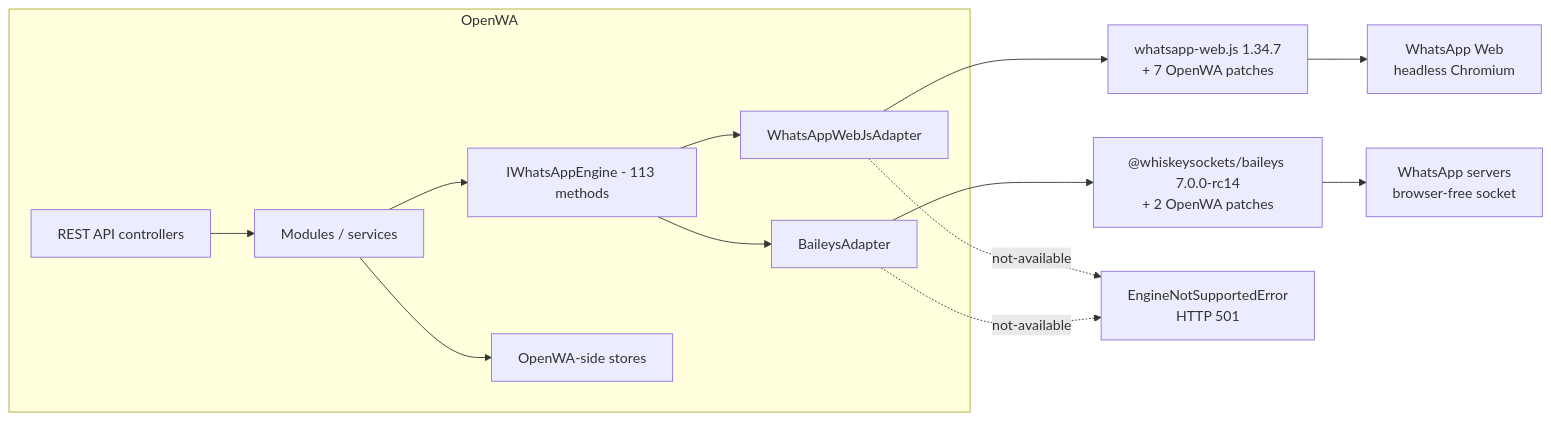
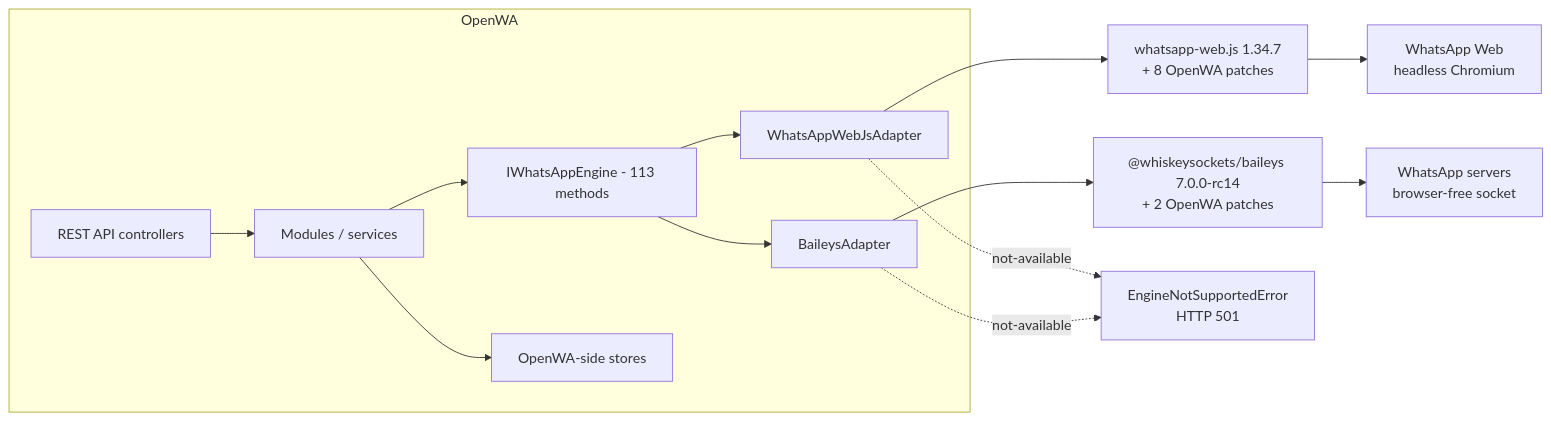
One commit to C24212/OpenWA changed the first of 2 diagrams in docs/29-engine-capability-matrix.md. Above: the diagram before and after it, drawn with Mermaid. The commit also changed other lines of this file and 7 other files, not shown here.

````diff
--- a/docs/29-engine-capability-matrix.md
+++ b/docs/29-engine-capability-matrix.md
@@ -43,16 +43,16 @@
 ```mermaid
 flowchart LR
     subgraph OpenWA["OpenWA"]
         API["REST API controllers"] --> SVC["Modules / services"]
         SVC --> IF["IWhatsAppEngine - 113 methods"]
         IF --> WA["WhatsAppWebJsAdapter"]
         IF --> BA["BaileysAdapter"]
         SVC --> STORE["OpenWA-side stores"]
     end
-    WA --> WLIB["whatsapp-web.js 1.34.7<br/>+ 7 OpenWA patches"]
+    WA --> WLIB["whatsapp-web.js 1.34.7<br/>+ 8 OpenWA patches"]
     BA --> BLIB["@whiskeysockets/baileys 7.0.0-rc14<br/>+ 2 OpenWA patches"]
     WLIB --> WEB["WhatsApp Web<br/>headless Chromium"]
     BLIB --> WAS["WhatsApp servers<br/>browser-free socket"]
     WA -.->|"not-available"| E["EngineNotSupportedError<br/>HTTP 501"]
     BA -.->|"not-available"| E
 ```
````
